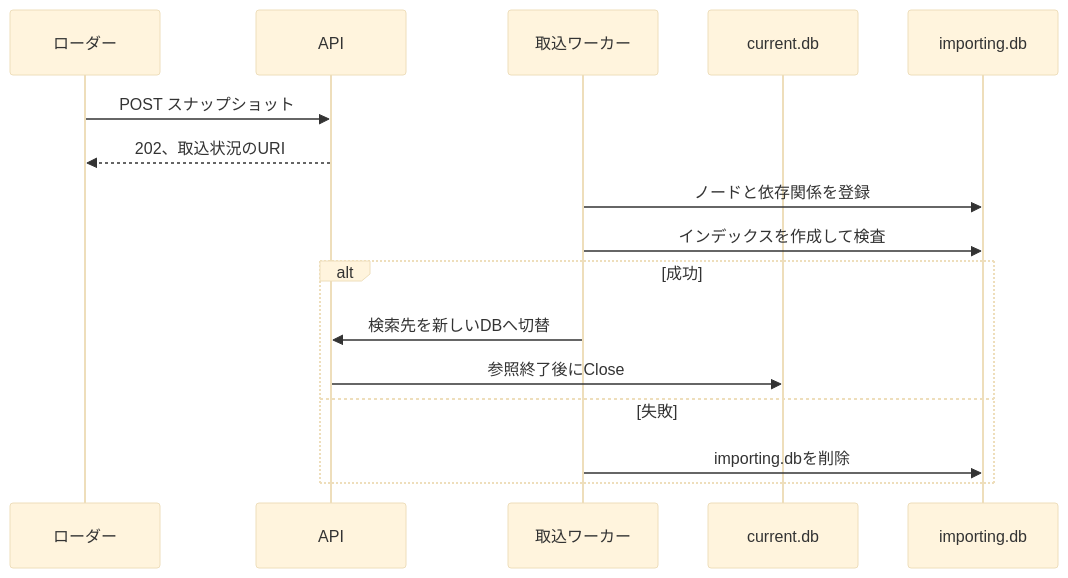
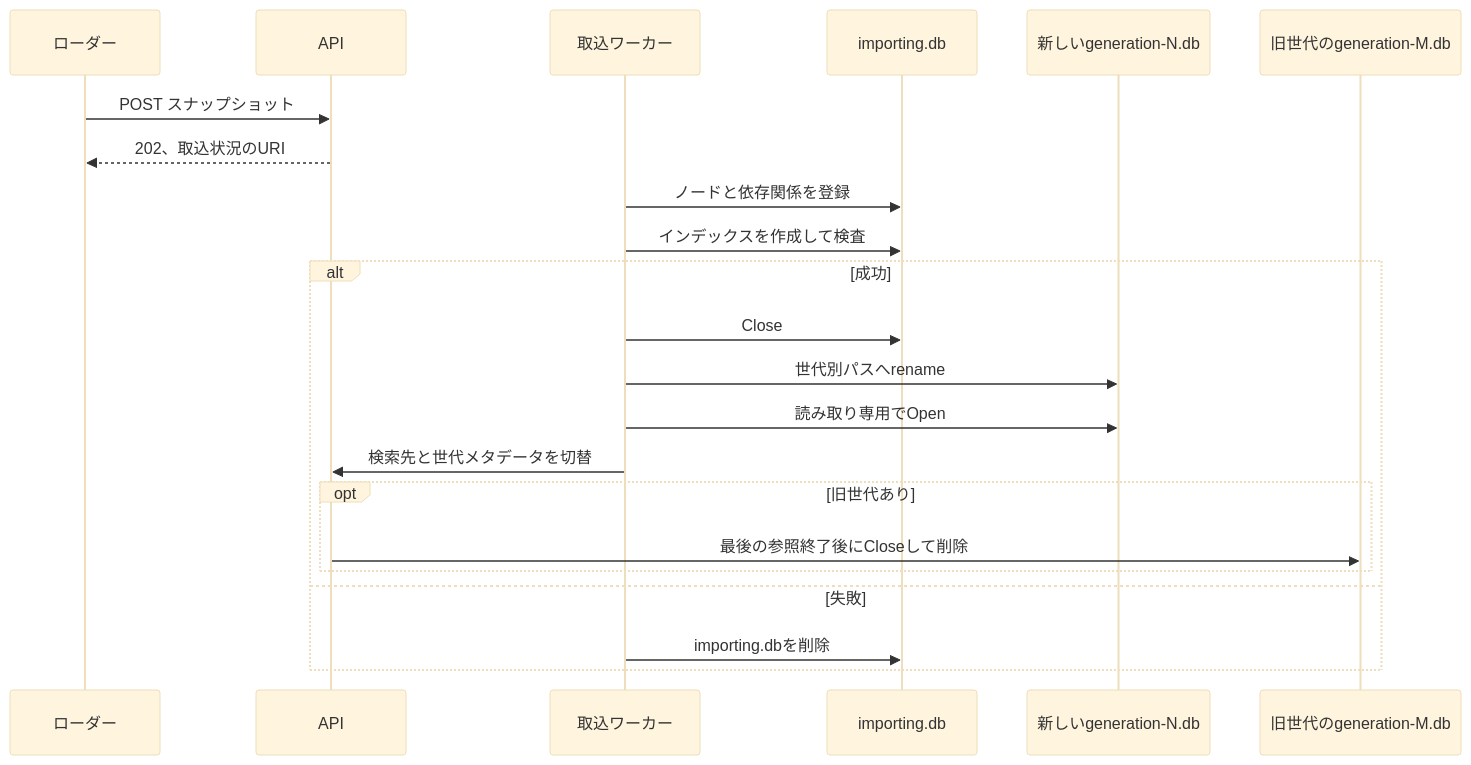
One commit to vnzzzz/batch-scope changed the second of 2 diagrams in docs/operations.md. Above: the diagram before and after it, drawn with Mermaid (base theme). The commit also changed other lines of this file and 24 other files, not shown here.

````diff
--- a/docs/operations.md
+++ b/docs/operations.md
@@ -26,19 +26,25 @@
 ```mermaid
 sequenceDiagram
     participant L as ローダー
     participant A as API
     participant I as 取込ワーカー
-    participant O as current.db
     participant N as importing.db
+    participant G as 新しいgeneration-N.db
+    participant O as 旧世代のgeneration-M.db
 
     L->>A: POST スナップショット
     A-->>L: 202、取込状況のURI
     I->>N: ノードと依存関係を登録
     I->>N: インデックスを作成して検査
     alt 成功
-      I->>A: 検索先を新しいDBへ切替
-      A->>O: 参照終了後にClose
+      I->>N: Close
+      I->>G: 世代別パスへrename
+      I->>G: 読み取り専用でOpen
+      I->>A: 検索先と世代メタデータを切替
+      opt 旧世代あり
+        A->>O: 最後の参照終了後にCloseして削除
+      end
     else 失敗
       I->>N: importing.dbを削除
     end
 ```
````
